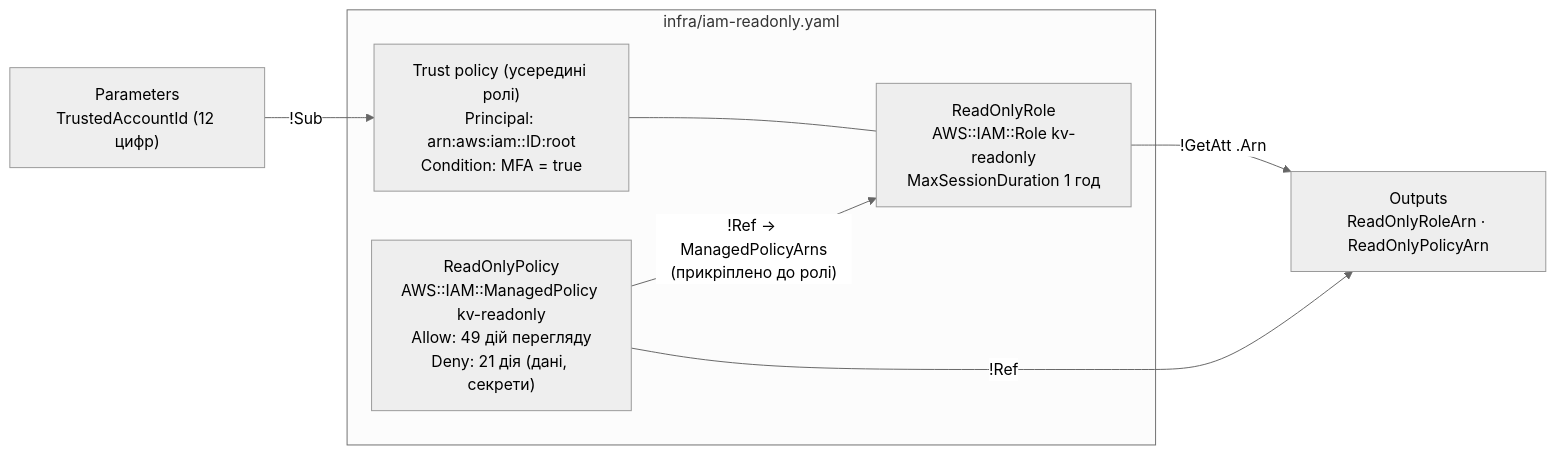
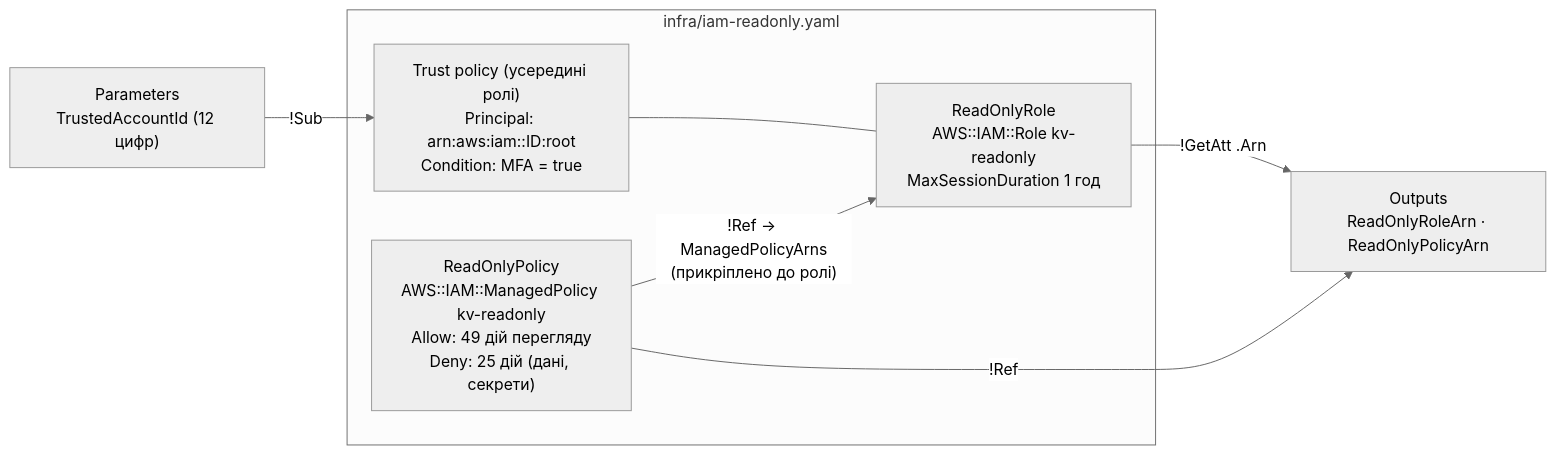
Diagram 12 of 14 in docs/m1/architecture-uk.md (olesia-mykhailyshyn/kv-store), drawn with Mermaid (neutral theme) before and after one commit. The commit also changed other lines of this file and 16 other files, not shown here.

````diff
--- a/docs/m1/architecture-uk.md
+++ b/docs/m1/architecture-uk.md
@@ -340,16 +340,16 @@
 ```mermaid
 flowchart LR
     param["Parameters<br/>TrustedAccountId (12 цифр)"]
     subgraph tpl["infra/iam-readonly.yaml"]
-        pol["ReadOnlyPolicy<br/>AWS::IAM::ManagedPolicy kv-readonly<br/>Allow: 49 дій перегляду<br/>Deny: 21 дія (дані, секрети)"]
+        pol["ReadOnlyPolicy<br/>AWS::IAM::ManagedPolicy kv-readonly<br/>Allow: 49 дій перегляду<br/>Deny: 25 дій (дані, секрети)"]
         role["ReadOnlyRole<br/>AWS::IAM::Role kv-readonly<br/>MaxSessionDuration 1 год"]
         trust["Trust policy (усередині ролі)<br/>Principal: arn:aws:iam::ID:root<br/>Condition: MFA = true"]
     end
     out["Outputs<br/>ReadOnlyRoleArn · ReadOnlyPolicyArn"]
 
     param -->|"!Sub"| trust
     trust --- role
     pol -->|"!Ref → ManagedPolicyArns<br/>(прикріплено до ролі)"| role
     role -->|"!GetAtt .Arn"| out
     pol -->|"!Ref"| out
 ```
````
